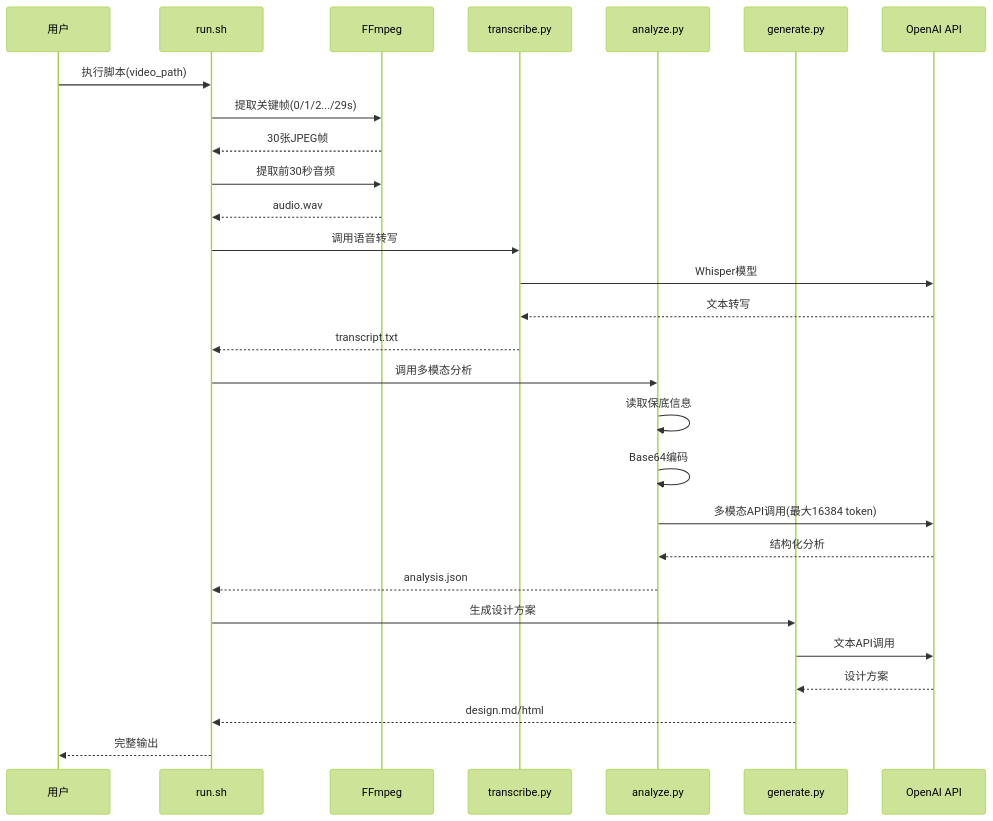
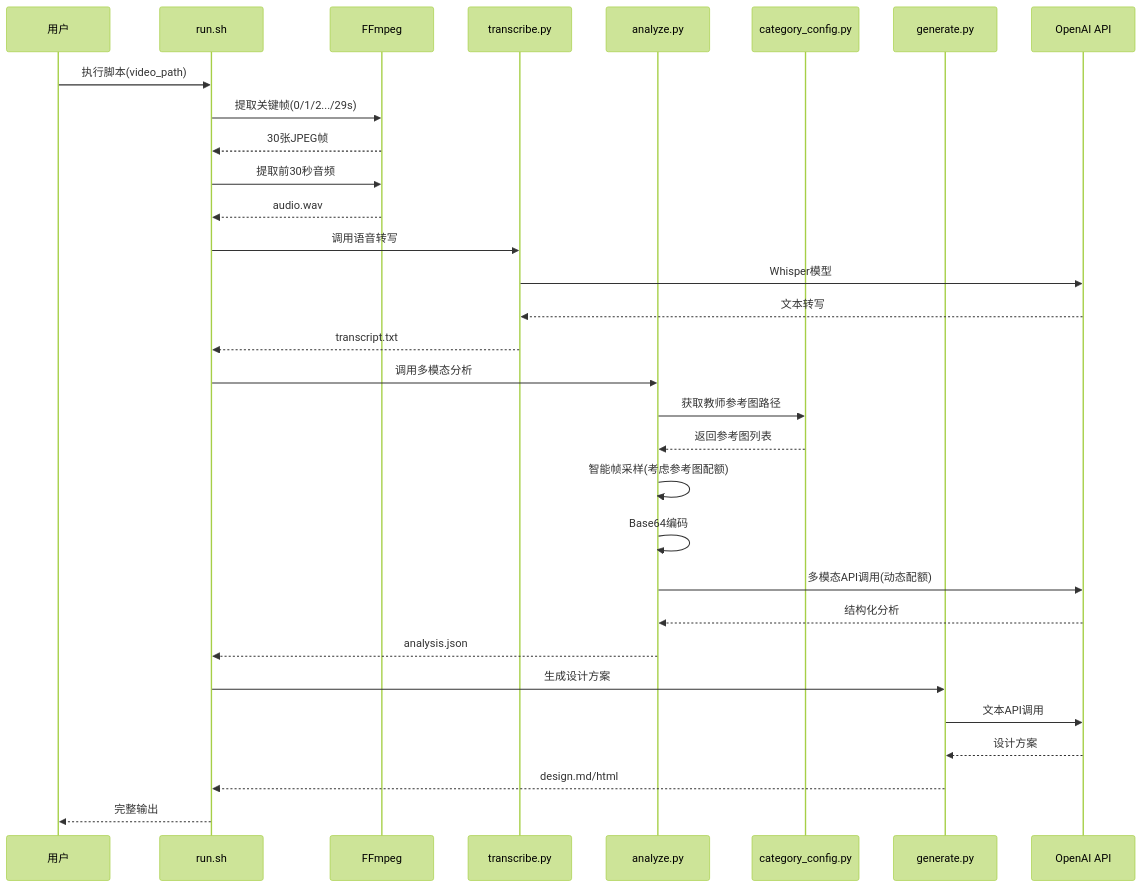
The second of 8 diagrams in .qoder/repowiki/zh/content/核心模块详解/多模态分析模块.md (WongMingJiu/landingpage-test-hero-page), drawn with Mermaid (forest theme) before and after one commit. The commit also changed other lines of this file and 6 other files, not shown here.

````diff
--- a/.qoder/repowiki/zh/content/核心模块详解/多模态分析模块.md
+++ b/.qoder/repowiki/zh/content/核心模块详解/多模态分析模块.md
@@ -126,30 +134,33 @@
 ```mermaid
 sequenceDiagram
 participant User as 用户
 participant Runner as run.sh
 participant FFmpeg as FFmpeg
 participant Transcriber as transcribe.py
 participant Analyzer as analyze.py
+participant CategoryConfig as category_config.py
 participant Generator as generate.py
 participant OpenAI as OpenAI API
 User->>Runner : 执行脚本(video_path)
 Runner->>FFmpeg : 提取关键帧(0/1/2.../29s)
 FFmpeg-->>Runner : 30张JPEG帧
 Runner->>FFmpeg : 提取前30秒音频
 FFmpeg-->>Runner : audio.wav
 Runner->>Transcriber : 调用语音转写
 Transcriber->>OpenAI : Whisper模型
 OpenAI-->>Transcriber : 文本转写
 Transcriber-->>Runner : transcript.txt
 Runner->>Analyzer : 调用多模态分析
-Analyzer->>Analyzer : 读取保底信息
+Analyzer->>CategoryConfig : 获取教师参考图路径
+CategoryConfig-->>Analyzer : 返回参考图列表
+Analyzer->>Analyzer : 智能帧采样(考虑参考图配额)
 Analyzer->>Analyzer : Base64编码
-Analyzer->>OpenAI : 多模态API调用(最大16384 token)
+Analyzer->>OpenAI : 多模态API调用(动态配额)
 OpenAI-->>Analyzer : 结构化分析
 Analyzer-->>Runner : analysis.json
 Runner->>Generator : 生成设计方案
 Generator->>OpenAI : 文本API调用
 OpenAI-->>Generator : 设计方案
 Generator-->>Runner : design.md/html
 Runner-->>User : 完整输出
 ```
````
